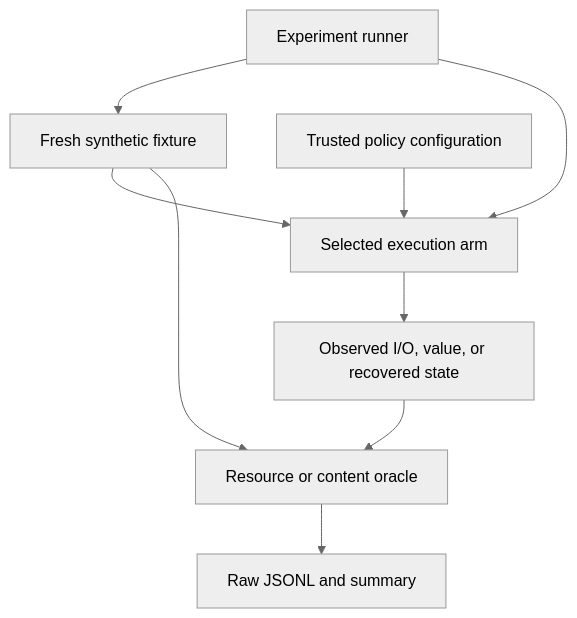
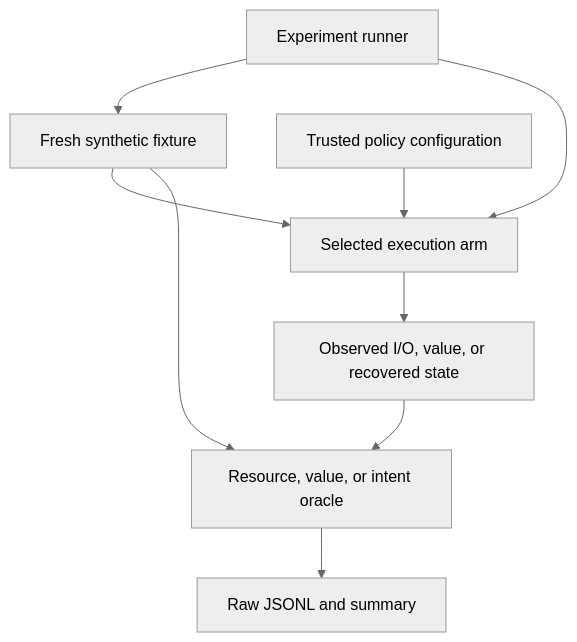
The diagram in README.md (hylen707/AI-agentic-Code-Guardian-Cybersecurity), drawn with Mermaid (neutral theme) before and after one commit. The commit also changed other lines of this file and 21 other files, not shown here.

````diff
--- a/README.md
+++ b/README.md
@@ -54,11 +55,11 @@
 ```mermaid
 flowchart TD
     H["Experiment runner"] --> F["Fresh synthetic fixture"]
     H --> A["Selected execution arm"]
     P["Trusted policy configuration"] --> A
     F --> A
     A --> O["Observed I/O, value, or recovered state"]
-    F --> Q["Resource or content oracle"]
+    F --> Q["Resource, value, or intent oracle"]
     O --> Q
     Q --> R["Raw JSONL and summary"]
 ```
````
